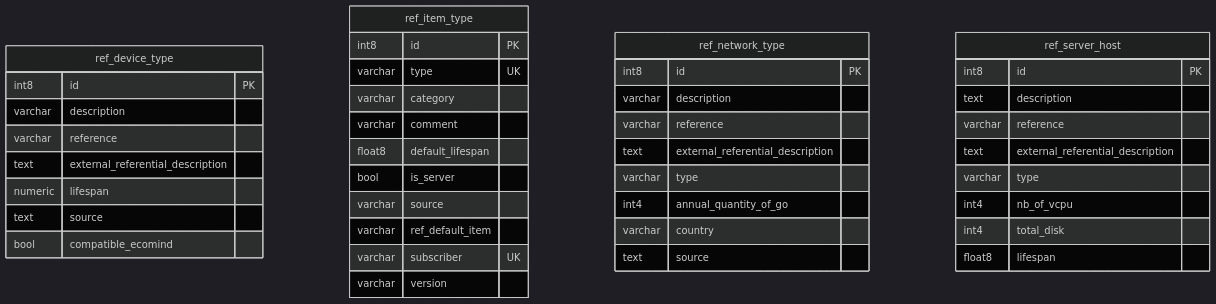
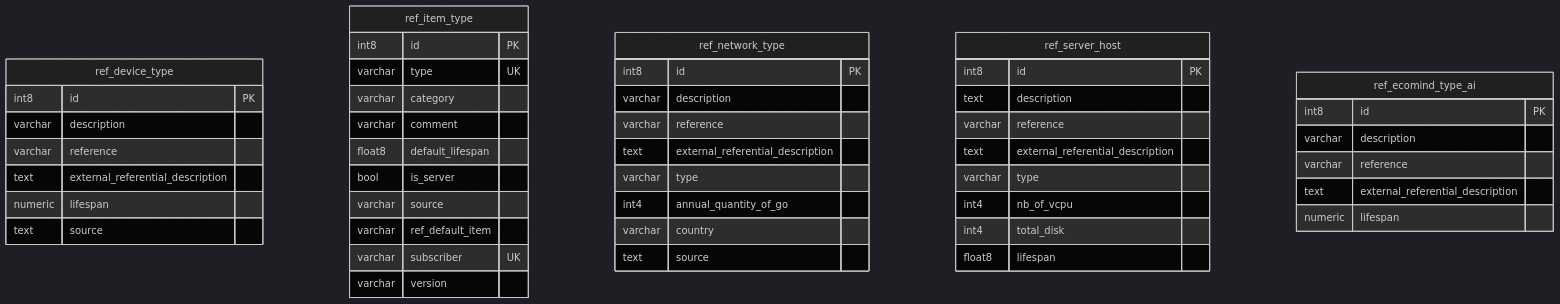
Before and after one commit to teamg4it/g4it: the diagram in services/documentation/content/3-technical-documentation/4-backend_documentation/db_documentation/referential/digital_service_definition/_index.md, drawn with Mermaid (dark theme). The commit also changed other lines of this file and 7 other files, not shown here.

Commit message:
feat/1360 change the way to manage ecomind infrastructure type & fixes

````diff
--- a/services/documentation/content/3-technical-documentation/4-backend_documentation/db_documentation/referential/digital_service_definition/_index.md
+++ b/services/documentation/content/3-technical-documentation/4-backend_documentation/db_documentation/referential/digital_service_definition/_index.md
@@ -8,45 +8,51 @@
 ```mermaid
 erDiagram 
 
   ref_device_type {
     int8 id PK
     varchar description
     varchar reference
     text external_referential_description
     numeric lifespan
     text source
-    bool compatible_ecomind
   }
   ref_item_type {
     int8 id PK
     varchar type UK
     varchar category
     varchar comment
     float8 default_lifespan
     bool is_server
     varchar source
     varchar ref_default_item
     varchar subscriber UK
     varchar version
   }
   ref_network_type {
     int8 id PK
     varchar description
     varchar reference
     text external_referential_description
     varchar type
     int4 annual_quantity_of_go
     varchar country
     text source
   }
   ref_server_host {
     int8 id PK
     text description
     varchar reference
     text external_referential_description
     varchar type
     int4 nb_of_vcpu
     int4 total_disk
     float8 lifespan
   }
+  ref_ecomind_type_ai {
+    int8 id PK
+    varchar description
+    varchar reference
+    text external_referential_description
+    numeric lifespan
+  }
 ``` 
````
